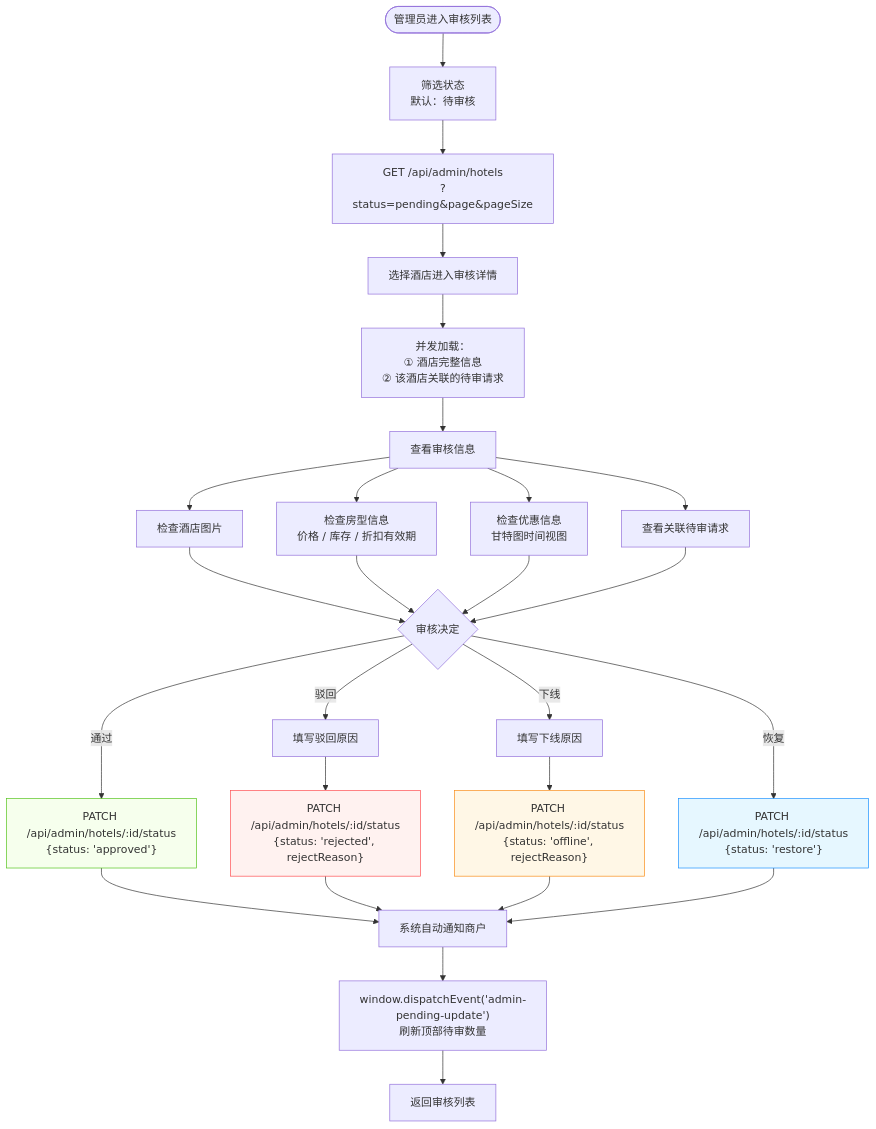
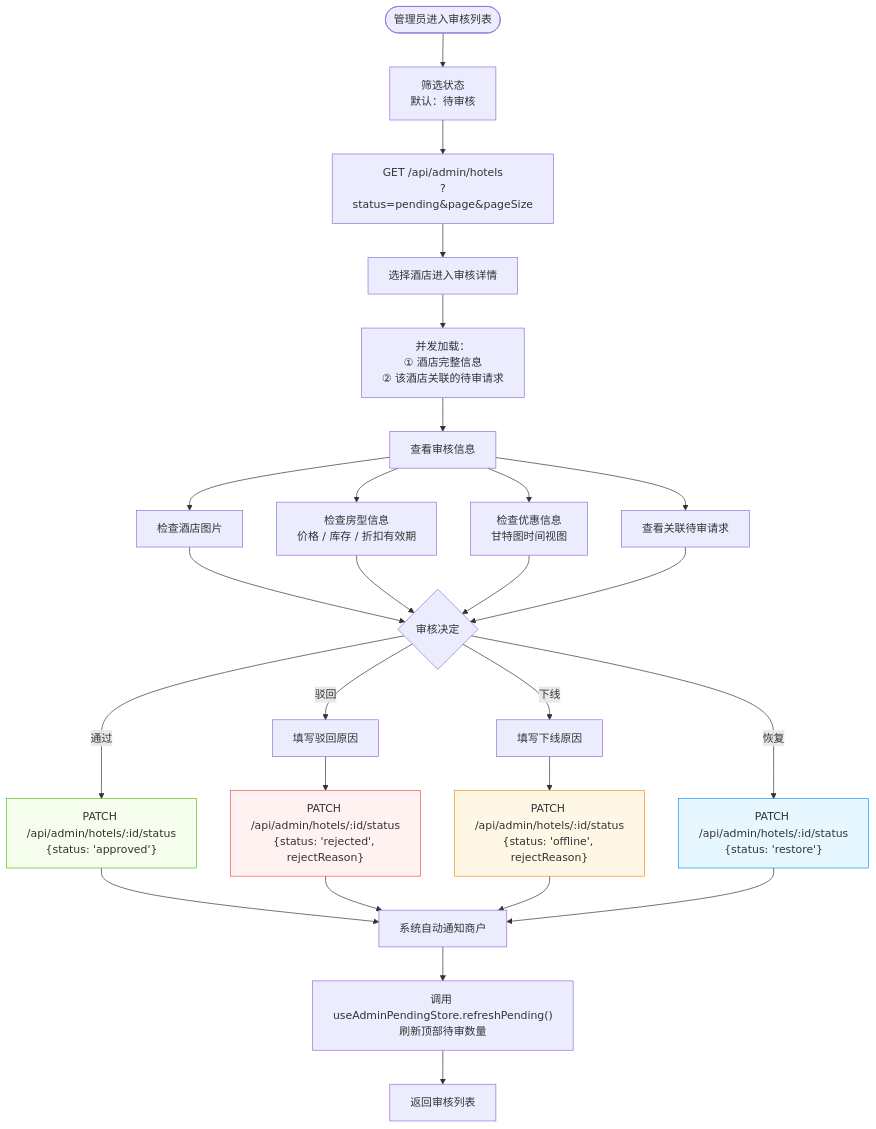
The fourth of 14 diagrams in docs/admin/admin-business-flow.md (chendingya/EaseStay), drawn with Mermaid before and after one commit. The commit also changed other lines of this file and 4 other files, not shown here.

````diff
--- a/docs/admin/admin-business-flow.md
+++ b/docs/admin/admin-business-flow.md
@@ -105,40 +105,40 @@
 ```mermaid
 flowchart TD
     Start([管理员进入审核列表]) --> FilterStatus["筛选状态<br/>默认：待审核"]
     FilterStatus --> LoadList["GET /api/admin/hotels<br/>?status=pending&page&pageSize"]
     LoadList --> SelectHotel[选择酒店进入审核详情]
 
     SelectHotel --> LoadDetail["并发加载：<br/>① 酒店完整信息<br/>② 该酒店关联的待审请求"]
     LoadDetail --> ReviewInfo["查看审核信息"]
 
     ReviewInfo --> CheckImages["检查酒店图片"]
     ReviewInfo --> CheckRooms["检查房型信息<br/>价格 / 库存 / 折扣有效期"]
     ReviewInfo --> CheckPromo["检查优惠信息<br/>甘特图时间视图"]
     ReviewInfo --> CheckRequests["查看关联待审请求"]
 
     CheckImages --> Decision{审核决定}
     CheckRooms --> Decision
     CheckPromo --> Decision
     CheckRequests --> Decision
 
     Decision -->|通过| Approve["PATCH /api/admin/hotels/:id/status<br/>{status: 'approved'}"]
     Decision -->|驳回| InputReason1["填写驳回原因"]
     Decision -->|下线| InputReason2["填写下线原因"]
     Decision -->|恢复| Restore["PATCH /api/admin/hotels/:id/status<br/>{status: 'restore'}"]
 
     InputReason1 --> Reject["PATCH /api/admin/hotels/:id/status<br/>{status: 'rejected', rejectReason}"]
     InputReason2 --> Offline["PATCH /api/admin/hotels/:id/status<br/>{status: 'offline', rejectReason}"]
 
     Approve --> Notify["系统自动通知商户"]
     Reject --> Notify
     Offline --> Notify
     Restore --> Notify
 
-    Notify --> UpdatePending["window.dispatchEvent('admin-pending-update')<br/>刷新顶部待审数量"]
+    Notify --> UpdatePending["调用 useAdminPendingStore.refreshPending()<br/>刷新顶部待审数量"]
     UpdatePending --> ReturnList["返回审核列表"]
 
     style Approve fill:#f6ffed,stroke:#52c41a
     style Reject fill:#fff2f0,stroke:#ff4d4f
     style Offline fill:#fff7e6,stroke:#fa8c16
     style Restore fill:#e6f7ff,stroke:#1890ff
 ```
````
